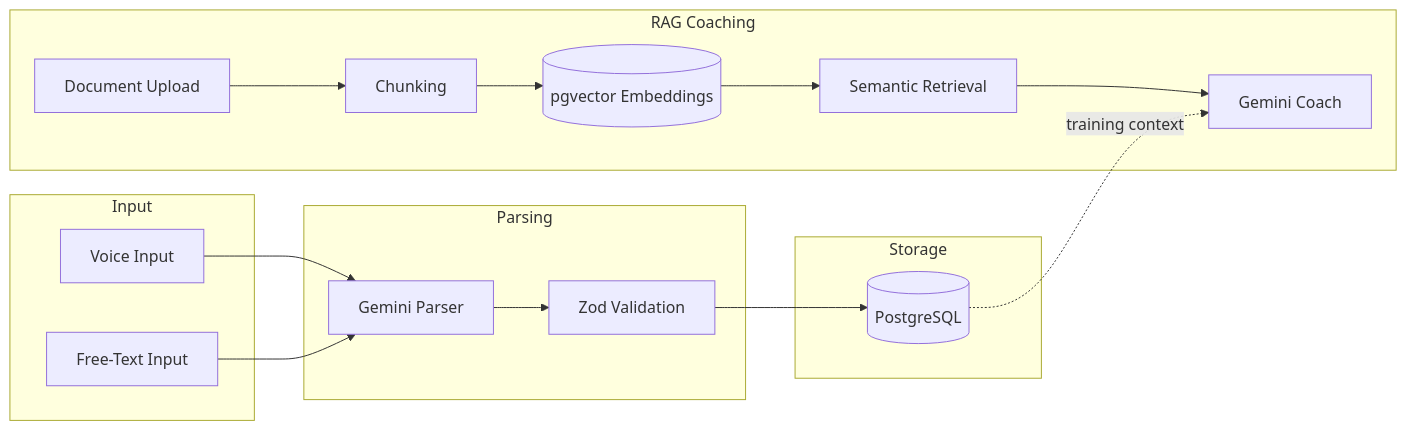
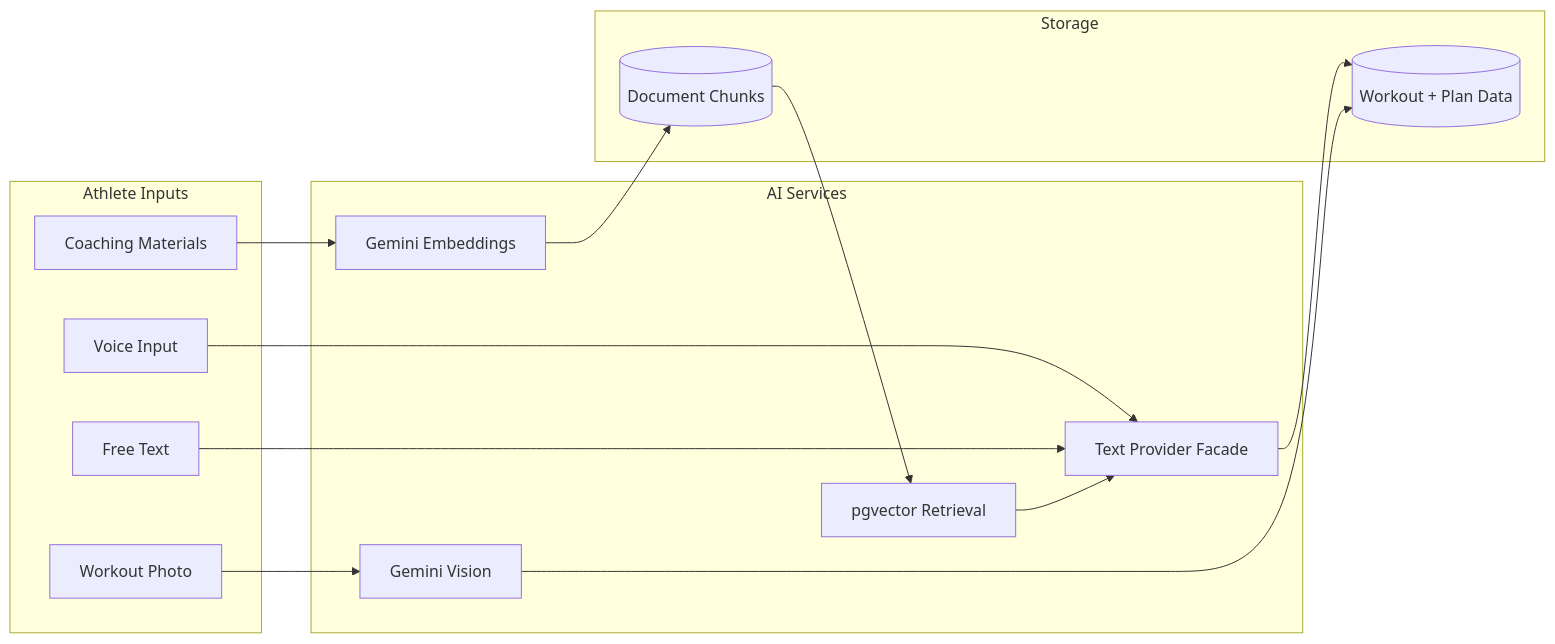
The second of 2 diagrams in README.md (daler91/Hyrox-Companion), drawn with Mermaid before and after one commit. The commit also changed other lines of this file, not shown here.

````diff
--- a/README.md
+++ b/README.md
@@ -161,32 +182,29 @@
 ```mermaid
 flowchart LR
-    subgraph Input
-        Voice[Voice Input]
-        Text[Free-Text Input]
+    subgraph Inputs["Athlete Inputs"]
+        Voice["Voice Input"]
+        Text["Free Text"]
+        Photo["Workout Photo"]
+        Docs["Coaching Materials"]
     end
 
-    subgraph Parsing
-        GP[Gemini Parser]
-        ZV[Zod Validation]
+    subgraph AI["AI Services"]
+        Provider["Text Provider Facade"]
+        Vision["Gemini Vision"]
+        Embeddings["Gemini Embeddings"]
+        Retrieval["pgvector Retrieval"]
     end
 
-    subgraph Storage
-        DB[(PostgreSQL)]
+    subgraph Storage["Storage"]
+        DB[("Workout + Plan Data")]
+        VDB[("Document Chunks")]
     end
 
-    Voice --> GP
-    Text --> GP
-    GP --> ZV --> DB
-
-    subgraph RAG["RAG Coaching"]
-        Doc[Document Upload]
-        Chunk[Chunking]
-        Embed[(pgvector Embeddings)]
-        Retrieve[Semantic Retrieval]
-        Coach[Gemini Coach]
-    end
-
-    Doc --> Chunk --> Embed
-    Embed --> Retrieve --> Coach
-    DB -.->|training context| Coach
+    Voice --> Provider
+    Text --> Provider
+    Photo --> Vision
+    Docs --> Embeddings --> VDB --> Retrieval
+    Provider --> DB
+    Vision --> DB
+    Retrieval --> Provider
 ```
````
